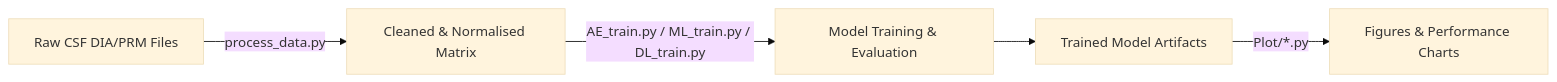
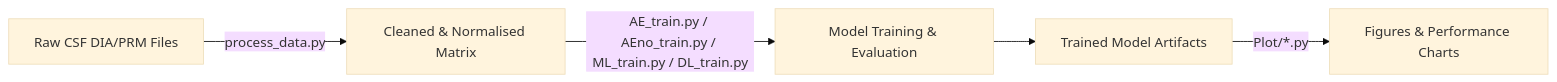
The diagram in README.md (xiao-zhu-pei-mei/Essence), drawn with Mermaid (base theme) before and after one commit. The commit also changed other lines of this file, not shown here.

````diff
--- a/README.md
+++ b/README.md
@@ -47,7 +9,7 @@
 ```mermaid
 graph LR
 A[Raw CSF DIA/PRM Files] -->|process_data.py| B[Cleaned & Normalised Matrix]
-B -->|AE_train.py / ML_train.py / DL_train.py| C[Model Training & Evaluation]
+B -->|AE_train.py / AEno_train.py / ML_train.py / DL_train.py| C[Model Training & Evaluation]
 C --> D[Trained Model Artifacts]
 D -->|Plot/*.py| E[Figures & Performance Charts]
 ```
````
